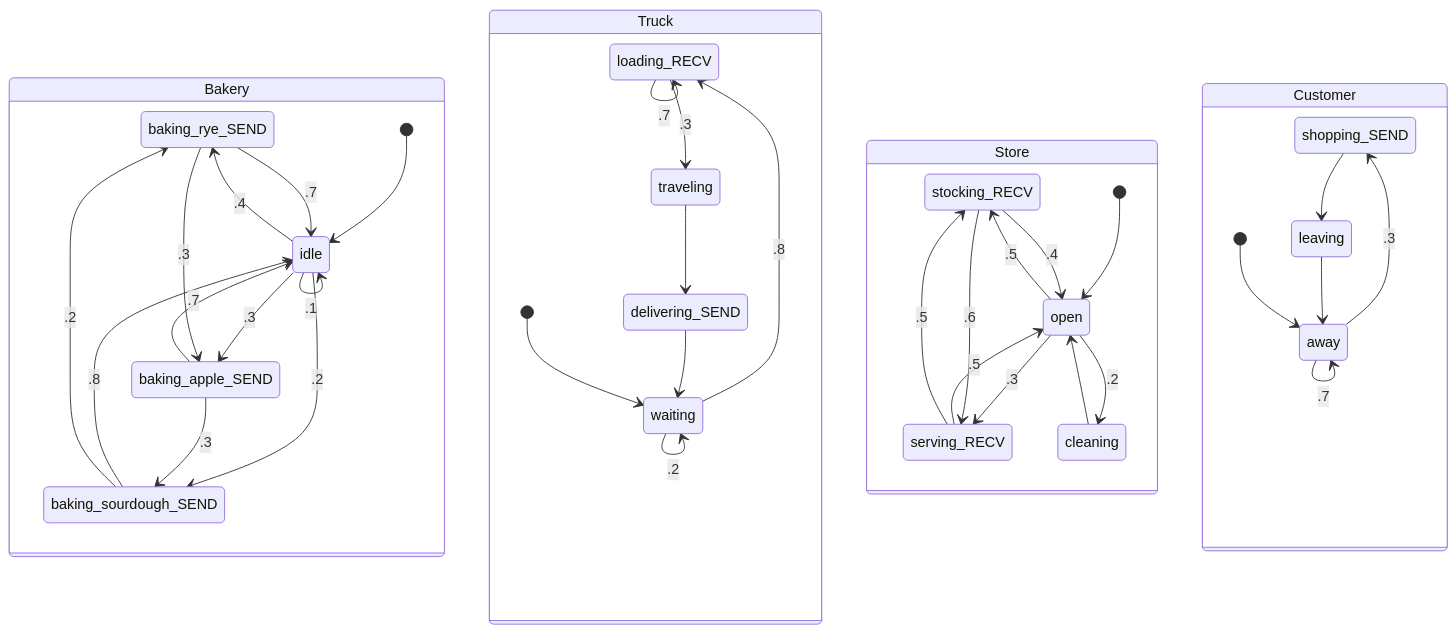
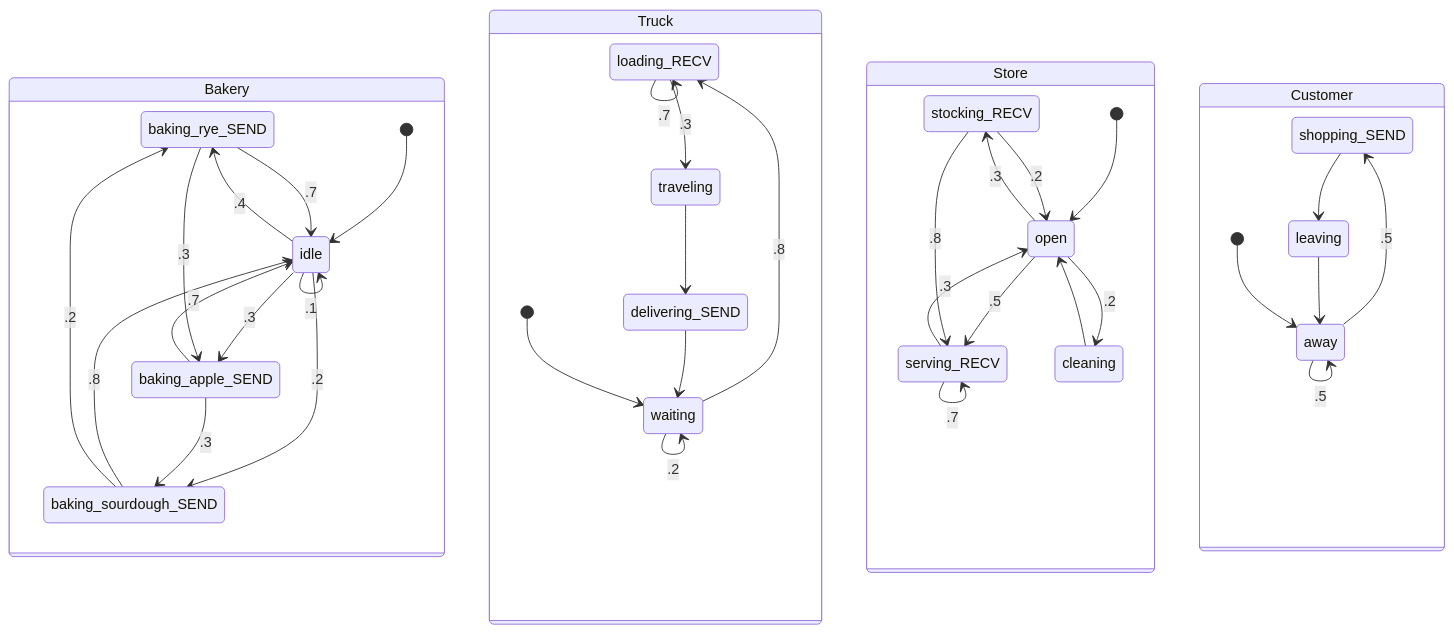
The first of 3 diagrams in z3/run.md (rfielding/ctl), drawn with Mermaid before and after one commit. The commit also changed other lines of this file and 1 other file, not shown here.

````diff
--- a/z3/run.md
+++ b/z3/run.md
@@ -309,62 +347,62 @@
 ```mermaid
 stateDiagram-v2
     state Bakery {
         Bakery_baking_rye : baking_rye_SEND
         Bakery_baking_apple : baking_apple_SEND
         Bakery_baking_sourdough : baking_sourdough_SEND
         Bakery_idle : idle
         [*] --> Bakery_idle
         Bakery_idle --> Bakery_baking_rye : .4
         Bakery_idle --> Bakery_baking_apple : .3
         Bakery_idle --> Bakery_baking_sourdough : .2
         Bakery_idle --> Bakery_idle : .1
         Bakery_baking_rye --> Bakery_idle : .7
         Bakery_baking_rye --> Bakery_baking_apple : .3
         Bakery_baking_apple --> Bakery_idle : .7
         Bakery_baking_apple --> Bakery_baking_sourdough : .3
         Bakery_baking_sourdough --> Bakery_idle : .8
         Bakery_baking_sourdough --> Bakery_baking_rye : .2
     }
 
     state Truck {
         Truck_loading : loading_RECV
         Truck_traveling : traveling
         Truck_delivering : delivering_SEND
         Truck_waiting : waiting
         [*] --> Truck_waiting
         Truck_waiting --> Truck_loading : .8
         Truck_waiting --> Truck_waiting : .2
         Truck_loading --> Truck_traveling : .3
         Truck_loading --> Truck_loading : .7
         Truck_traveling --> Truck_delivering
         Truck_delivering --> Truck_waiting
     }
 
     state Store {
         Store_stocking : stocking_RECV
         Store_serving : serving_RECV
         Store_cleaning : cleaning
         Store_open : open
         [*] --> Store_open
-        Store_open --> Store_stocking : .5
-        Store_open --> Store_serving : .3
+        Store_open --> Store_stocking : .3
+        Store_open --> Store_serving : .5
         Store_open --> Store_cleaning : .2
-        Store_stocking --> Store_open : .4
-        Store_stocking --> Store_serving : .6
-        Store_serving --> Store_open : .5
-        Store_serving --> Store_stocking : .5
+        Store_stocking --> Store_open : .2
+        Store_stocking --> Store_serving : .8
+        Store_serving --> Store_open : .3
+        Store_serving --> Store_serving : .7
         Store_cleaning --> Store_open
     }
 
     state Customer {
         Customer_shopping : shopping_SEND
         Customer_leaving : leaving
         Customer_away : away
         [*] --> Customer_away
-        Customer_away --> Customer_away : .7
-        Customer_away --> Customer_shopping : .3
+        Customer_away --> Customer_away : .5
+        Customer_away --> Customer_shopping : .5
         Customer_shopping --> Customer_leaving
         Customer_leaving --> Customer_away
     }
 
 ```
````
